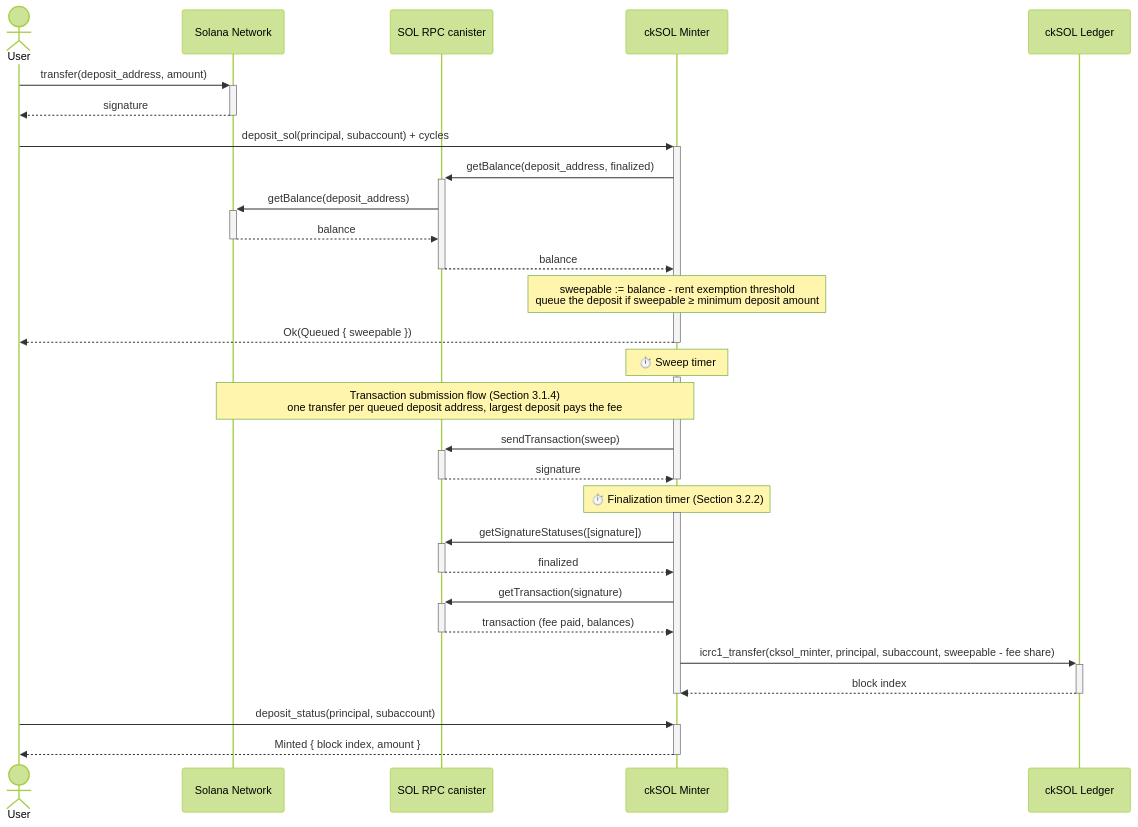
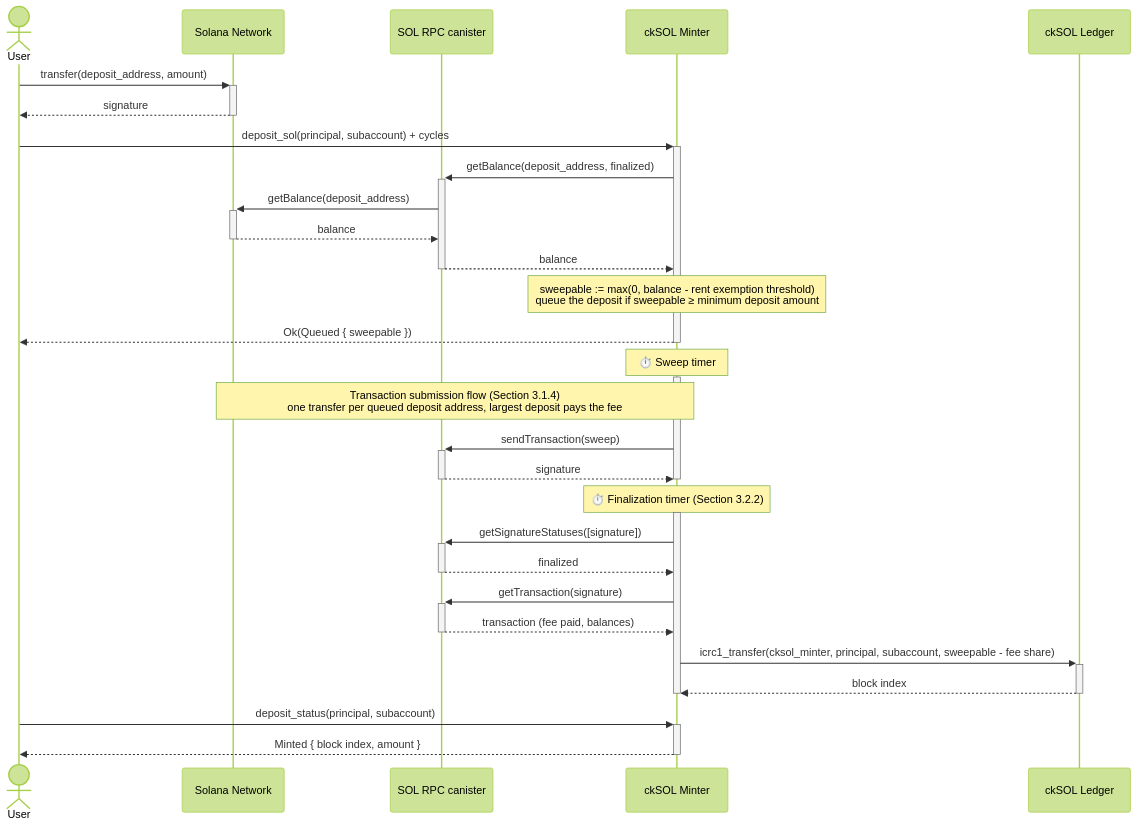
Before and after one commit to dfinity/cksol: the third of 7 diagrams in docs/design.md, drawn with Mermaid (forest theme). The commit also changed other lines of this file, not shown here.

Commit message:
docs(design): clamp the sweepable amount at zero and fix the fee summary

````diff
--- a/docs/design.md
+++ b/docs/design.md
@@ -302,38 +302,38 @@
 ```mermaid
 sequenceDiagram
     actor User
     participant Solana as Solana Network
     participant RPC as SOL RPC canister
     participant Minter as ckSOL Minter
     participant Ledger as ckSOL Ledger
 
     User->>+Solana: transfer(deposit_address, amount)
     Solana-->>-User: signature
     User->>+Minter: deposit_sol(principal, subaccount) + cycles
     Minter->>+RPC: getBalance(deposit_address, finalized)
     RPC->>+Solana: getBalance(deposit_address)
     Solana-->>-RPC: balance
     RPC-->>-Minter: balance
-    Note over Minter: sweepable := balance - rent exemption threshold<br/>queue the deposit if sweepable ≥ minimum deposit amount
+    Note over Minter: sweepable := max(0, balance - rent exemption threshold)<br/>queue the deposit if sweepable ≥ minimum deposit amount
     Minter-->>-User: Ok(Queued { sweepable })
 
     Note over Minter: ⏱️ Sweep timer
     activate Minter
     Note over Solana,Minter: Transaction submission flow (Section 3.1.4)<br/>one transfer per queued deposit address, largest deposit pays the fee
     Minter->>+RPC: sendTransaction(sweep)
     RPC-->>-Minter: signature
     deactivate Minter
 
     Note over Minter: ⏱️ Finalization timer (Section 3.2.2)
     activate Minter
     Minter->>+RPC: getSignatureStatuses([signature])
     RPC-->>-Minter: finalized
     Minter->>+RPC: getTransaction(signature)
     RPC-->>-Minter: transaction (fee paid, balances)
     Minter->>+Ledger: icrc1_transfer(cksol_minter, principal, subaccount, sweepable - fee share)
     Ledger-->>-Minter: block index
     deactivate Minter
 
     User->>+Minter: deposit_status(principal, subaccount)
     Minter-->>-User: Minted { block index, amount }
 ```
````
